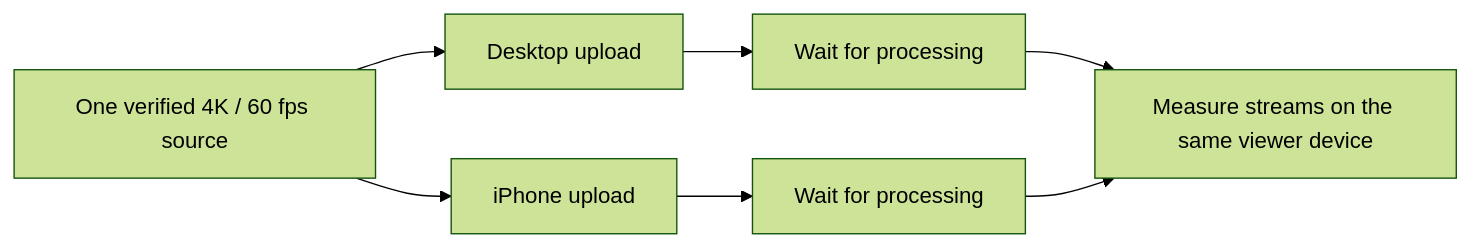
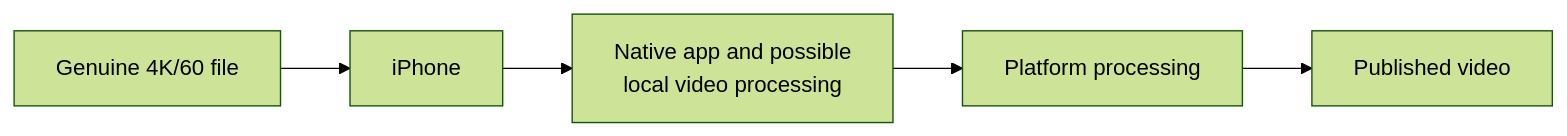
Before and after one commit to thedevmark/engineering-notes: the third of 3 diagrams in 4k60-native-ingest/README.md, drawn with Mermaid (forest theme). The commit also changed other lines of this file and 1 other file, not shown here.

Commit message:
docs: center 4K60 paper on operator's 40 plus video tests

````diff
--- a/4k60-native-ingest/README.md
+++ b/4k60-native-ingest/README.md
@@ -43,9 +41,7 @@
 ```mermaid
 flowchart LR
-    A[One verified 4K / 60 fps source] --> B[Desktop upload]
-    A --> C[iPhone upload]
-    B --> D[Wait for processing]
-    C --> E[Wait for processing]
-    D --> F[Measure streams on the same viewer device]
-    E --> F
+    A[Genuine 4K/60 file] --> B[iPhone]
+    B --> C[Native app and possible<br/>local video processing]
+    C --> D[Platform processing]
+    D --> E[Published video]
 ```
````
